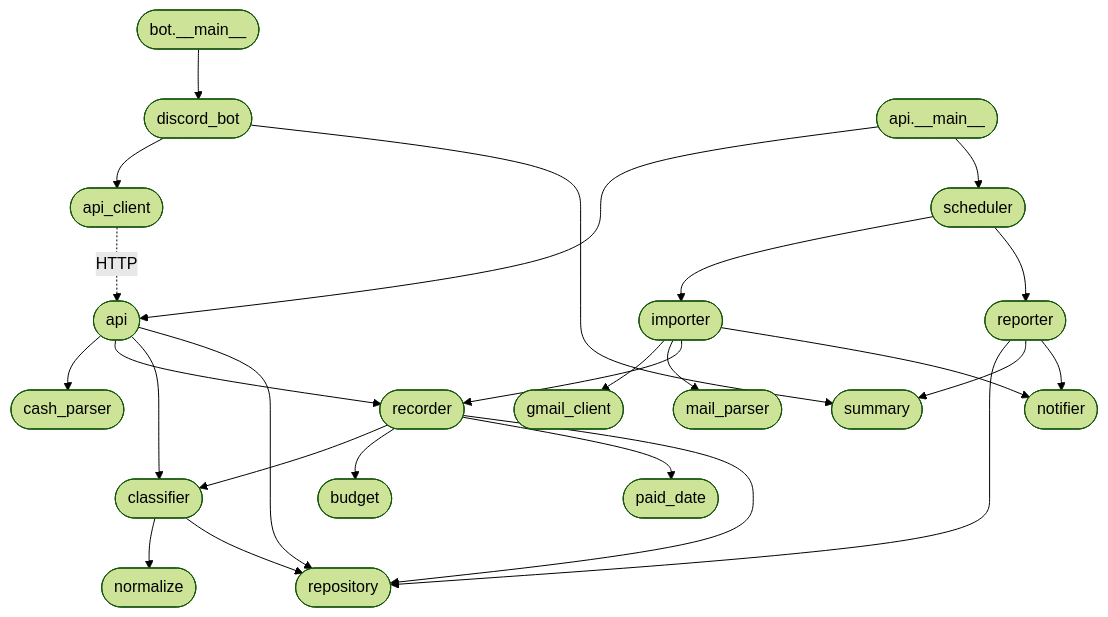
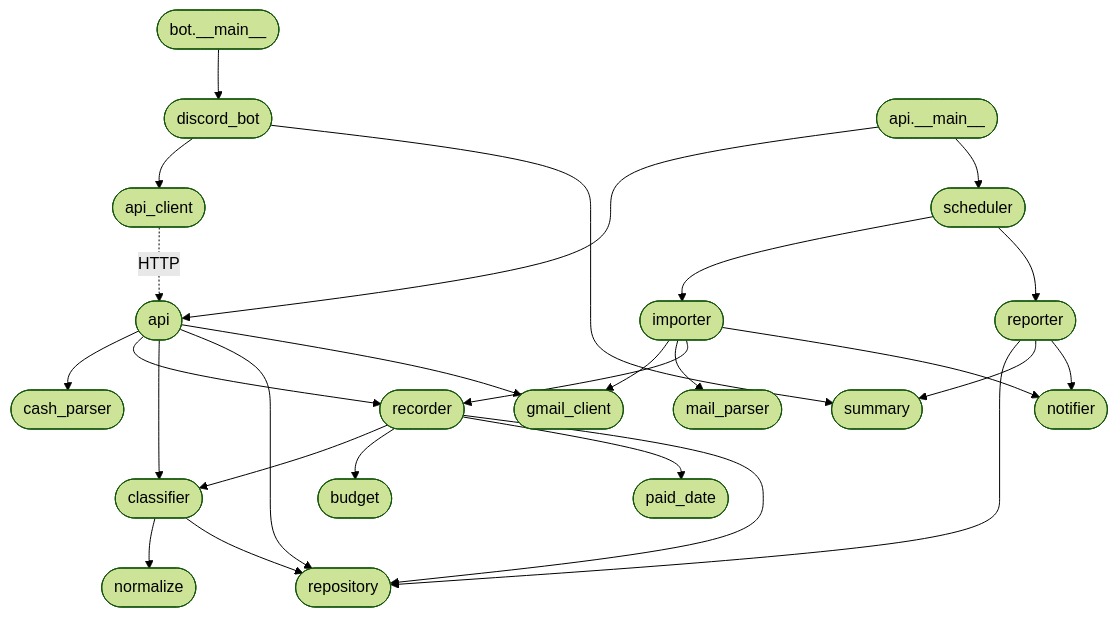
One commit to Yokochi513/Tsukena changed the fourth of 4 diagrams in docs/design.md. Above: the diagram before and after it, drawn with Mermaid (forest theme). The commit also changed other lines of this file and 38 other files, not shown here.

````diff
--- a/docs/design.md
+++ b/docs/design.md
@@ -256,31 +256,32 @@
 ```mermaid
 flowchart TD
     BMAIN(["bot.__main__"]) --> BOT(["discord_bot"])
     AMAIN(["api.__main__"]) --> API(["api"])
     AMAIN --> SCH(["scheduler"])
 
     BOT --> APIC(["api_client"])
     BOT --> SUM(["summary"])
     APIC -.->|"HTTP"| API
     API --> CP(["cash_parser"])
     API --> REC(["recorder"])
     API --> CLS(["classifier"])
     API --> REPO(["repository"])
+    API --> GC
     SCH --> IMP(["importer"])
     SCH --> RPT(["reporter"])
 
     IMP --> GC(["gmail_client"])
     IMP --> MP(["mail_parser"])
     IMP --> REC
     IMP --> NTF(["notifier"])
     RPT --> REPO
     RPT --> SUM
     RPT --> NTF
 
     REC --> CLS
     REC --> BUD(["budget"])
     REC --> PD(["paid_date"])
     REC --> REPO
     CLS --> NRM(["normalize"])
     CLS --> REPO
 ```
````
